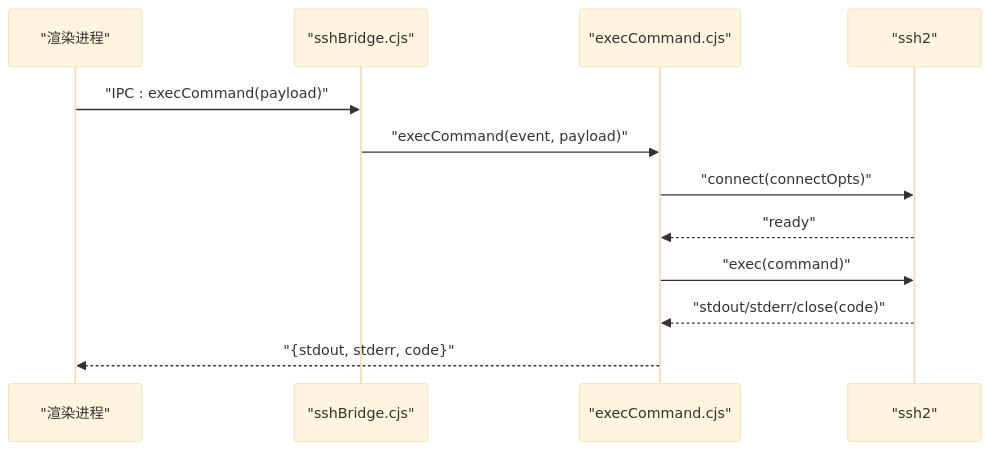
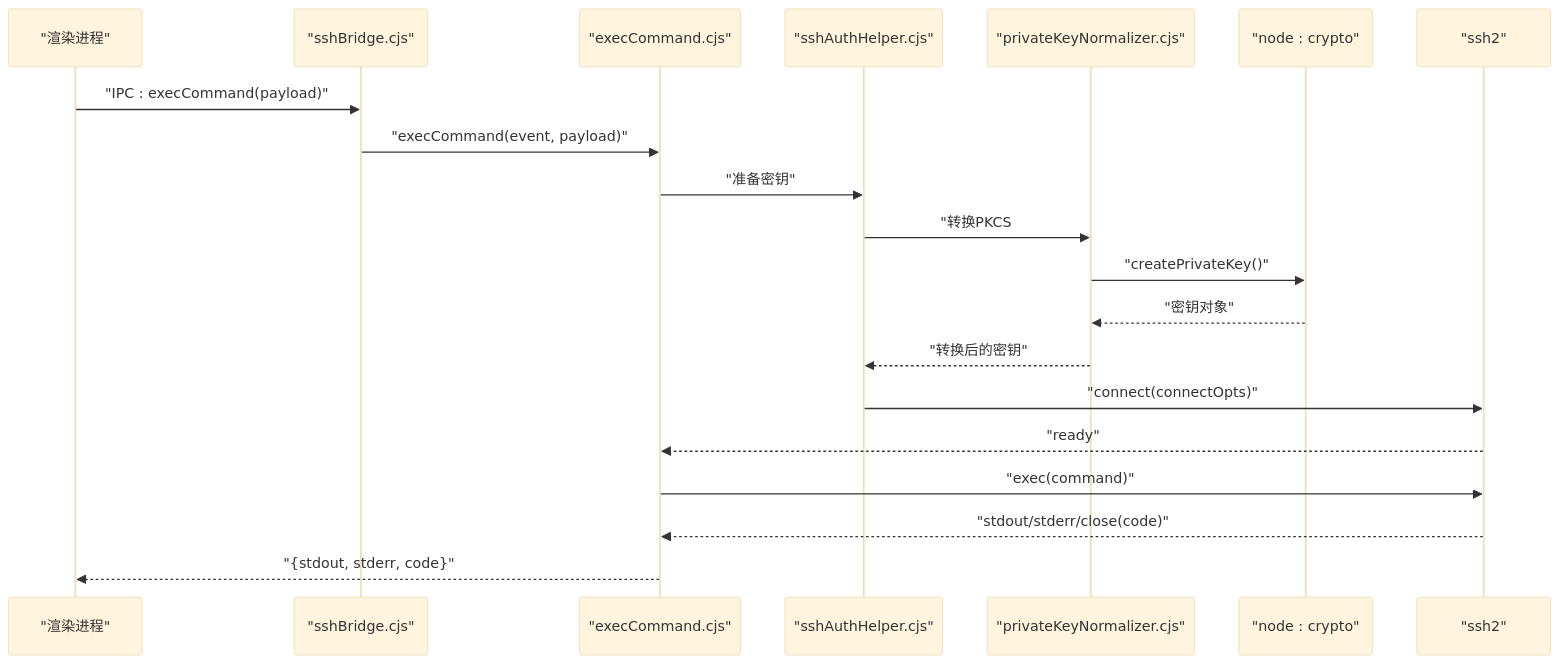
One commit to szeiyou/Netcatty changed the fourth of 8 diagrams in .qoder/repowiki/zh/content/API参考/IPC桥接API/SSH桥接API.md. Above: the diagram before and after it, drawn with Mermaid (base theme). The commit also changed other lines of this file and 8 other files, not shown here.

````diff
--- a/.qoder/repowiki/zh/content/API参考/IPC桥接API/SSH桥接API.md
+++ b/.qoder/repowiki/zh/content/API参考/IPC桥接API/SSH桥接API.md
@@ -188,14 +225,22 @@
 ```mermaid
 sequenceDiagram
 participant Renderer as "渲染进程"
 participant Bridge as "sshBridge.cjs"
 participant Exec as "execCommand.cjs"
+participant Auth as "sshAuthHelper.cjs"
+participant Normalizer as "privateKeyNormalizer.cjs"
+participant Crypto as "node : crypto"
 participant SSH2 as "ssh2"
 Renderer->>Bridge : "IPC : execCommand(payload)"
 Bridge->>Exec : "execCommand(event, payload)"
-Exec->>SSH2 : "connect(connectOpts)"
+Exec->>Auth : "准备密钥"
+Auth->>Normalizer : "转换PKCS#8密钥"
+Normalizer->>Crypto : "createPrivateKey()"
+Crypto-->>Normalizer : "密钥对象"
+Normalizer-->>Auth : "转换后的密钥"
+Auth->>SSH2 : "connect(connectOpts)"
 SSH2-->>Exec : "ready"
 Exec->>SSH2 : "exec(command)"
 SSH2-->>Exec : "stdout/stderr/close(code)"
 Exec-->>Renderer : "{stdout, stderr, code}"
 ```
````
